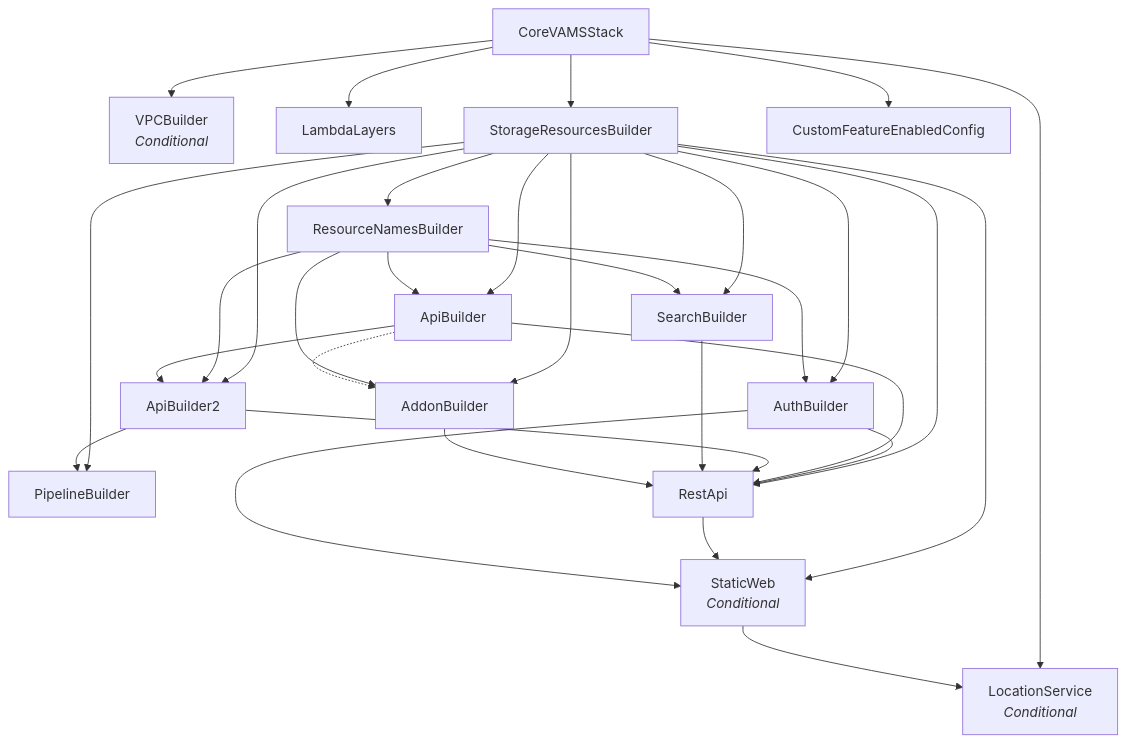
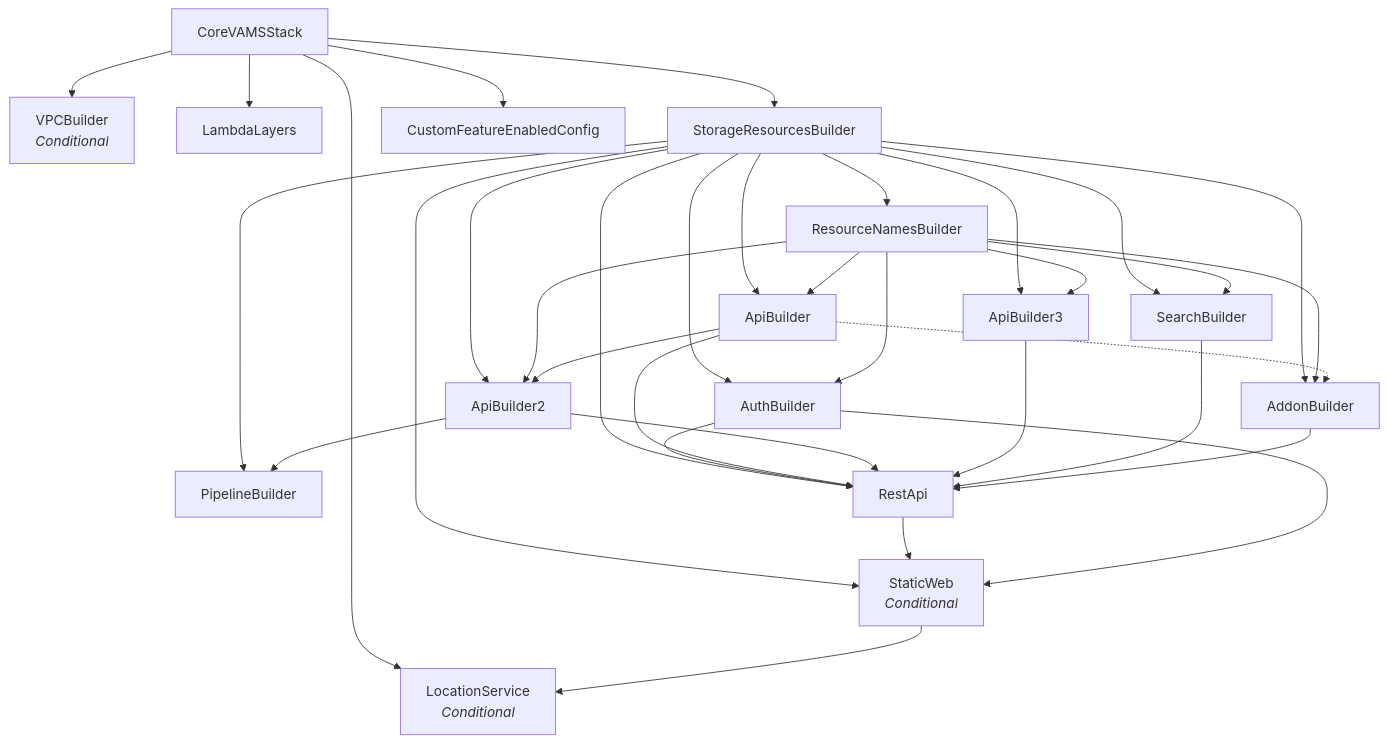
One commit to awslabs/visual-asset-management-system changed the sixth of 6 diagrams in documentation/docusaurus-site/docs/architecture/details.md. Above: the diagram before and after it, drawn with Mermaid. The commit also changed other lines of this file and 11 other files, not shown here.

First line of the commit message:
Document the minimal ApiBuilder3 move and guard the shipped and worst-case cells (#1535)

````diff
--- a/documentation/docusaurus-site/docs/architecture/details.md
+++ b/documentation/docusaurus-site/docs/architecture/details.md
@@ -303,44 +303,48 @@
 ```mermaid
 graph TD
     Core["CoreVAMSStack"]
 
     Core --> VPC["VPCBuilder<br/><i>Conditional</i>"]
     Core --> LL["LambdaLayers"]
     Core --> SRB["StorageResourcesBuilder"]
     Core --> LS["LocationService<br/><i>Conditional</i>"]
     Core --> FE["CustomFeatureEnabledConfig"]
 
     SRB --> RNB["ResourceNamesBuilder"]
 
     SRB --> AB["AuthBuilder"]
     RNB --> AB
 
     SRB --> APIBuild["ApiBuilder"]
     RNB --> APIBuild
+
+    SRB --> APIBuild3["ApiBuilder3"]
+    RNB --> APIBuild3
 
     SRB --> APIBuild2["ApiBuilder2"]
     RNB --> APIBuild2
     APIBuild --> APIBuild2
 
     SRB --> SearchB["SearchBuilder"]
     RNB --> SearchB
 
     SRB --> PB["PipelineBuilder"]
     APIBuild2 --> PB
 
     SRB --> Addon["AddonBuilder"]
     RNB --> Addon
     APIBuild -.-> Addon
 
     SRB --> REST["RestApi"]
     AB --> REST
     APIBuild --> REST
     APIBuild2 --> REST
+    APIBuild3 --> REST
     SearchB --> REST
     Addon --> REST
 
     SRB --> SW["StaticWeb<br/><i>Conditional</i>"]
     REST --> SW
     AB --> SW
     SW --> LS
 ```
````
